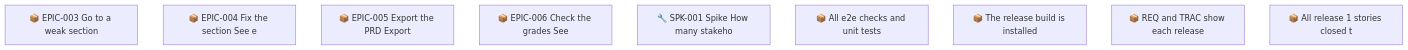
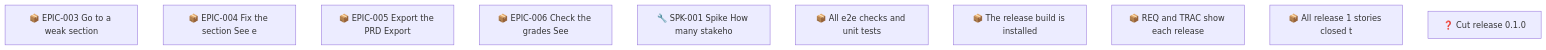
The second of 2 diagrams in docs/roadmap.md (SpillwaveSolutions/prd-forge-viewer), drawn with Mermaid before and after one commit. The commit also changed other lines of this file and 210 other files, not shown here.

````diff
--- a/docs/roadmap.md
+++ b/docs/roadmap.md
@@ -81,12 +92,13 @@
 ```mermaid
 graph TD
     01M61XNJQPA0F7H1BG56ERNJ3P["📦 EPIC-003 Go to a weak section"]
     01M61XNK50616FWM0WZ4FGWGEB["📦 EPIC-004 Fix the section See e"]
     01M61XNK9MPMV0RAEKPX0JC3K4["📦 EPIC-005 Export the PRD Export"]
     01M61XNM7GHPSJ1B96BCHA59ZE["📦 EPIC-006 Check the grades See"]
     01M61XNM9NY7F4D4V7400J56X9["🔧 SPK-001 Spike How many stakeho"]
     01M62C7REGCD2R415FMWFCZMV8["📦 All e2e checks and unit tests"]
     01M62C7REGCD2R415FMWFCZMVA["📦 The release build is installed"]
     01M62C7REHN9N2P8Z19K0EPA0F["📦 REQ and TRAC show each release"]
     01M62C7REHN9N2P8Z19K0EPA0H["📦 All release 1 stories closed t"]
+    01M64CZNVN13K32BT680E0S8VY["❓ Cut release 0.1.0"]
 ```
````
